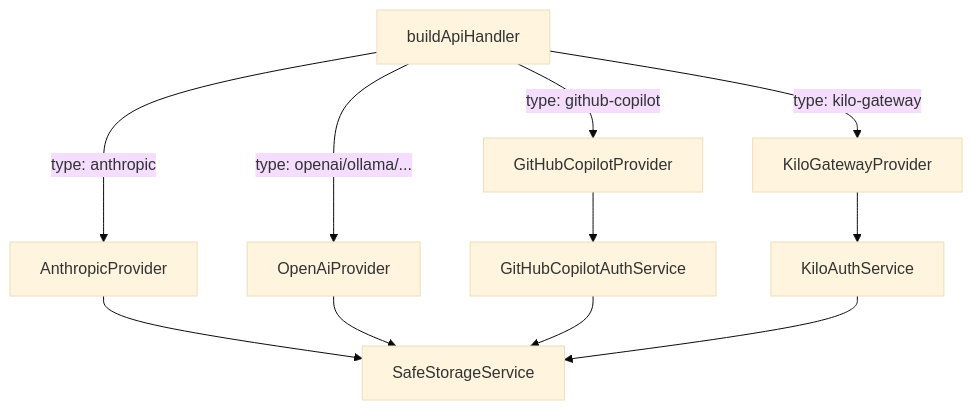
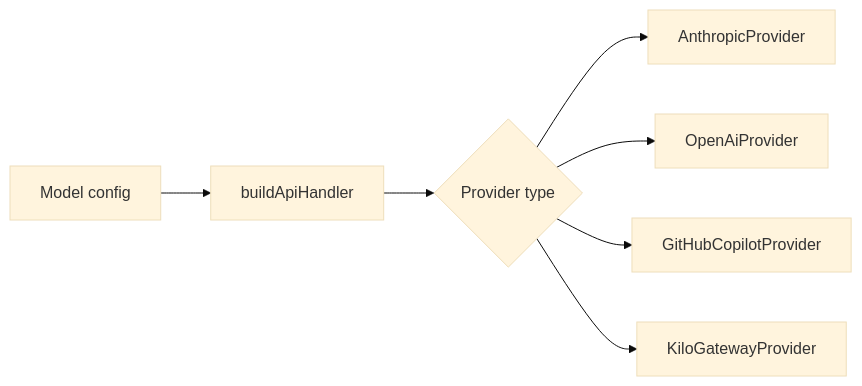
The diagram in docs/dev/provider-auth.md (eshyun/obsilo), drawn with Mermaid (base theme) before and after one commit. The commit also changed other lines of this file and 40 other files, not shown here.

````diff
--- a/docs/dev/provider-auth.md
+++ b/docs/dev/provider-auth.md
@@ -12,15 +12,9 @@
 ```mermaid
-graph TB
-    AF[buildApiHandler] --> |type: anthropic| AP[AnthropicProvider]
-    AF --> |type: github-copilot| GCP[GitHubCopilotProvider]
-    AF --> |type: kilo-gateway| KGP[KiloGatewayProvider]
-    AF --> |type: openai/ollama/...| OP[OpenAiProvider]
-
-    GCP --> GCAS[GitHubCopilotAuthService]
-    KGP --> KAS[KiloAuthService]
-    AP --> SS[SafeStorageService]
-    OP --> SS
-
-    GCAS --> SS
-    KAS --> SS
+flowchart LR
+    M[Model config] --> F[buildApiHandler]
+    F --> P{Provider type}
+    P --> AN[AnthropicProvider]
+    P --> OP[OpenAiProvider]
+    P --> GH[GitHubCopilotProvider]
+    P --> KG[KiloGatewayProvider]
 ```
````
